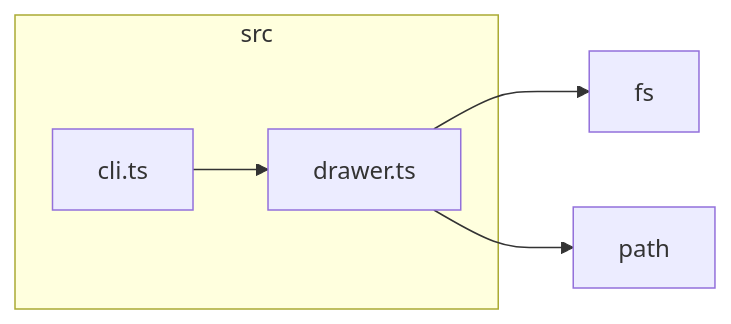
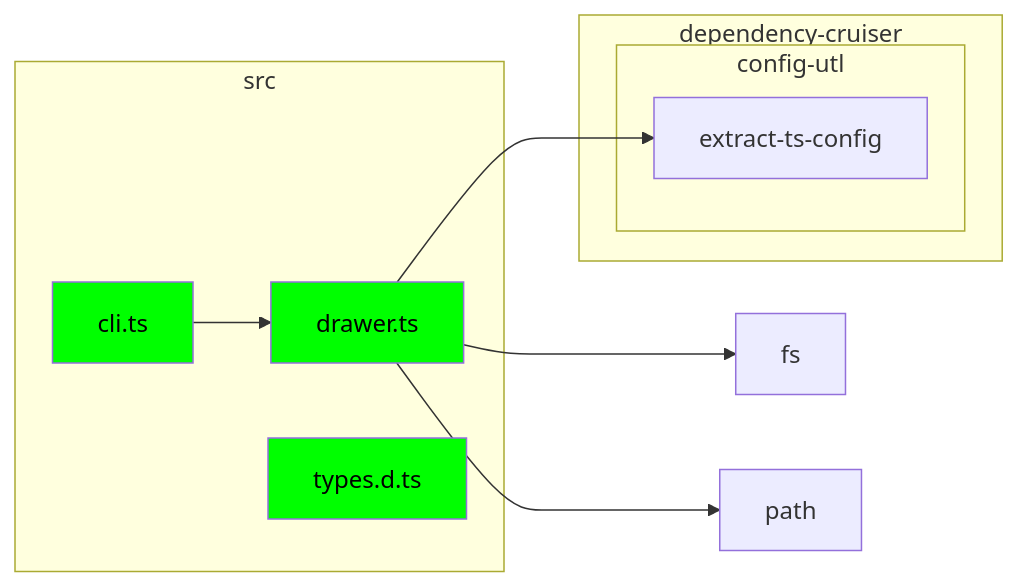
Before and after one commit to syakoo/dmdg: the diagram in src/README.md, drawn with Mermaid. The commit also changed 2 other files, not shown here.

Commit message:
🐛 fix: resolve alias

````diff
--- a/src/README.md
+++ b/src/README.md
@@ -4,14 +4,24 @@
 ```mermaid
 flowchart LR
 
 subgraph 0["src"]
 1["cli.ts"]
 2["drawer.ts"]
+8["types.d.ts"]
 end
-3["fs"]
-4["path"]
+subgraph 3["dependency-cruiser"]
+subgraph 4["config-utl"]
+5["extract-ts-config"]
+end
+end
+6["fs"]
+7["path"]
 1-->2
-2-->3
-2-->4
+2-->5
+2-->6
+2-->7
 
+style 1 fill:lime,color:black
+style 2 fill:lime,color:black
+style 8 fill:lime,color:black
 ```
````
